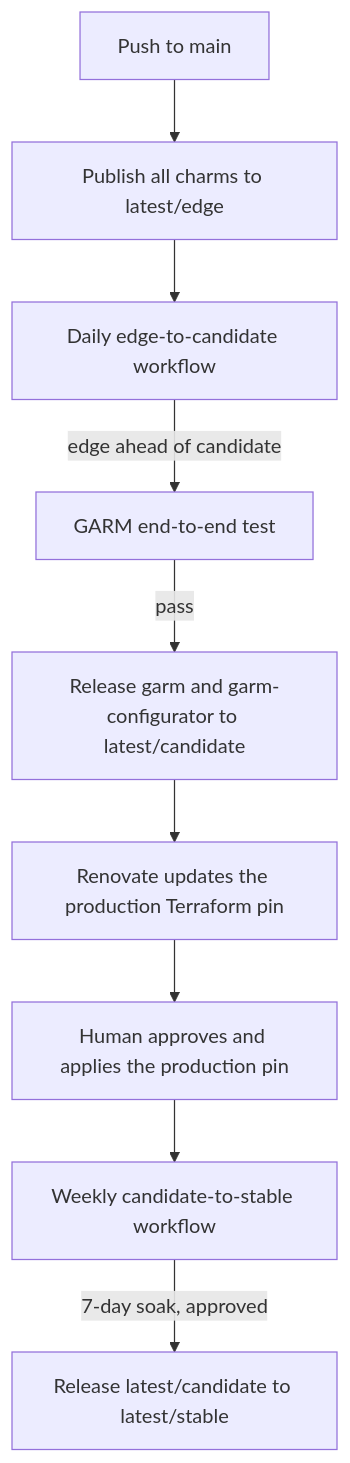
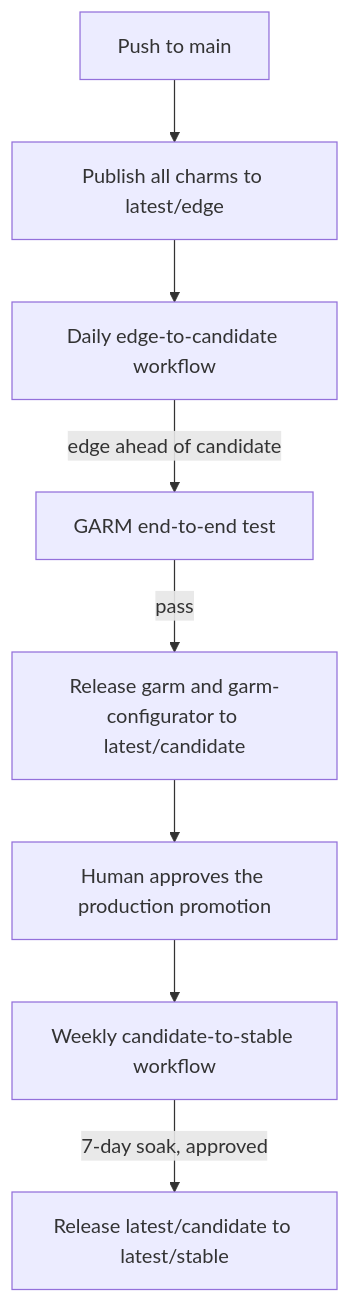
One commit to canonical/github-runner-operators changed the diagram in docs/explanation/charm-release-and-promotion.md. Above: the diagram before and after it, drawn with Mermaid. The commit also changed other lines of this file, not shown here.

````diff
--- a/docs/explanation/charm-release-and-promotion.md
+++ b/docs/explanation/charm-release-and-promotion.md
@@ -21,11 +21,10 @@
 ```{mermaid}
 flowchart TD
   PUSH[Push to main] --> EDGE[Publish all charms to latest/edge]
   EDGE --> DAILY[Daily edge-to-candidate workflow]
   DAILY -->|edge ahead of candidate| E2E[GARM end-to-end test]
   E2E -->|pass| CAND[Release garm and garm-configurator to latest/candidate]
-  CAND --> RENOVATE[Renovate updates the production Terraform pin]
-  RENOVATE --> PROD[Human approves and applies the production pin]
+  CAND --> PROD[Human approves the production promotion]
   PROD --> WEEKLY[Weekly candidate-to-stable workflow]
   WEEKLY -->|7-day soak, approved| STABLE[Release latest/candidate to latest/stable]
 ```
````
